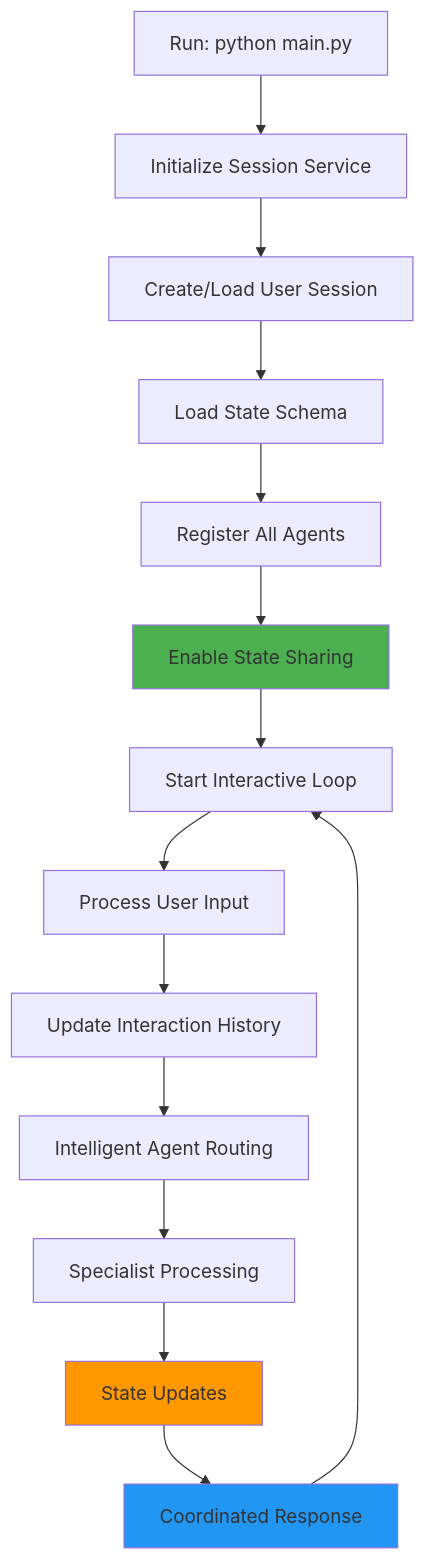
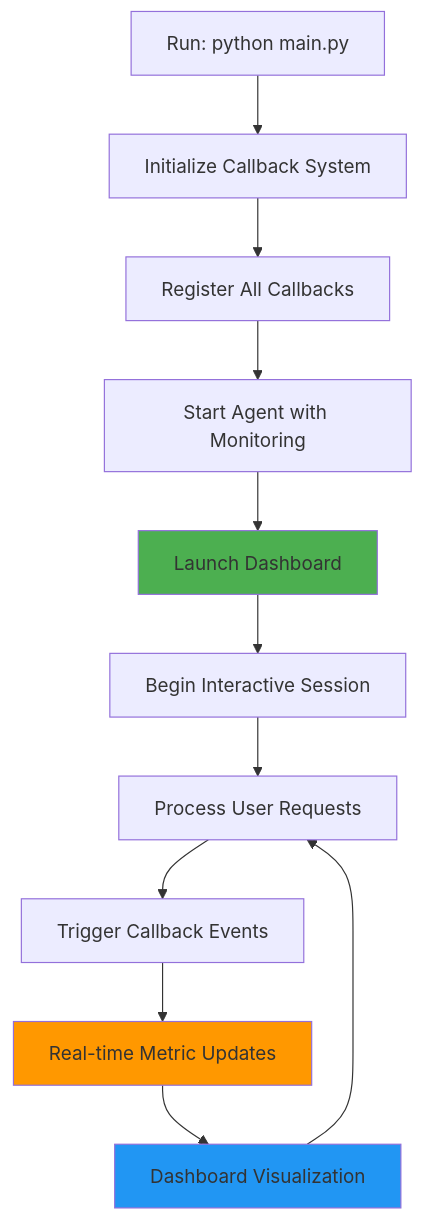
Before and after one commit to Yash-Kavaiya/agent-development-kit-crash-course: diagram 14 of 28 in 9-callbacks/README.md, drawn with Mermaid. The commit also changed other lines of this file, not shown here.

````diff
--- a/9-callbacks/README.md
+++ b/9-callbacks/README.md
@@ -462,21 +536,18 @@
 ```mermaid
 graph TD
-    A[Run: python main.py] --> B[Initialize Session Service]
-    B --> C[Create/Load User Session]
-    C --> D[Load State Schema]
-    D --> E[Register All Agents]
-    E --> F[Enable State Sharing]
-    F --> G[Start Interactive Loop]
+    A[Run: python main.py] --> B[Initialize Callback System]
+    B --> C[Register All Callbacks]
+    C --> D[Start Agent with Monitoring]
+    D --> E[Launch Dashboard]
+    E --> F[Begin Interactive Session]
     
-    G --> H[Process User Input]
-    H --> I[Update Interaction History]
-    I --> J[Intelligent Agent Routing]
-    J --> K[Specialist Processing]
-    K --> L[State Updates]
-    L --> M[Coordinated Response]
-    M --> G
+    F --> G[Process User Requests]
+    G --> H[Trigger Callback Events]
+    H --> I[Real-time Metric Updates]
+    I --> J[Dashboard Visualization]
+    J --> G
     
-    style F fill:#4caf50
-    style L fill:#ff9800
-    style M fill:#2196f3
+    style E fill:#4caf50
+    style I fill:#ff9800
+    style J fill:#2196f3
 ```
````
